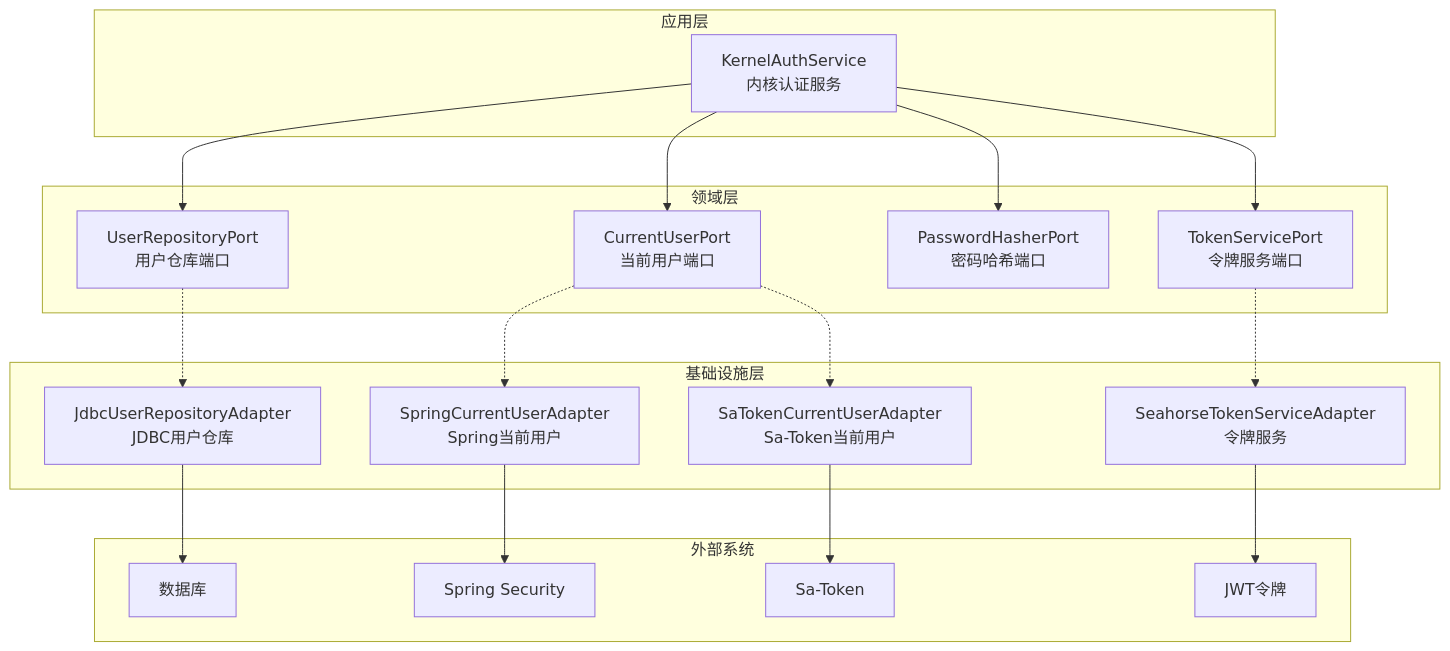
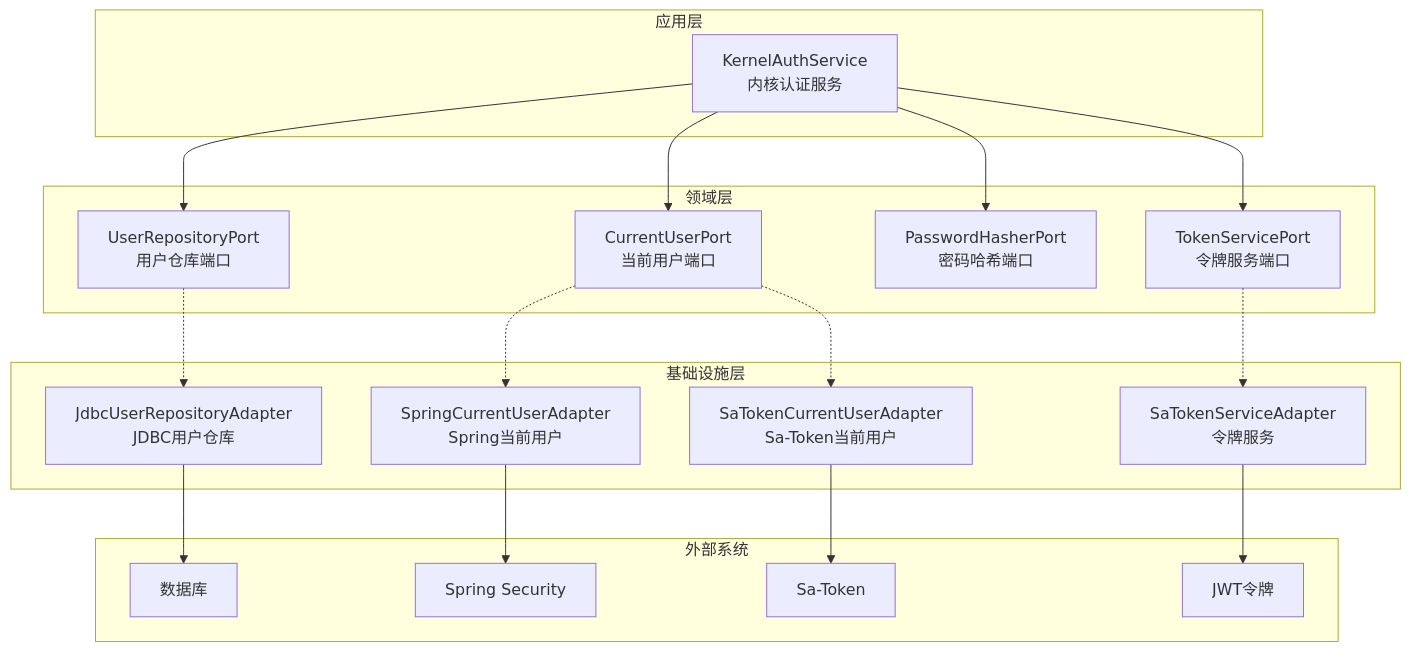
One commit to onceMisery/seahorse-agent changed the second of 7 diagrams in docs/zh/content/后端系统/核心内核/端口接口/出站端口/认证出站端口.md. Above: the diagram before and after it, drawn with Mermaid. The commit also changed other lines of this file and 71 other files, not shown here.

Commit message:
docs: align docs with current architecture

````diff
--- a/docs/zh/content/后端系统/核心内核/端口接口/出站端口/认证出站端口.md
+++ b/docs/zh/content/后端系统/核心内核/端口接口/出站端口/认证出站端口.md
@@ -149,36 +149,36 @@
 ```mermaid
 graph TB
 subgraph "应用层"
 A[KernelAuthService<br/>内核认证服务]
 end
 subgraph "领域层"
 B[CurrentUserPort<br/>当前用户端口]
 C[UserRepositoryPort<br/>用户仓库端口]
 D[PasswordHasherPort<br/>密码哈希端口]
 E[TokenServicePort<br/>令牌服务端口]
 end
 subgraph "基础设施层"
 F[JdbcUserRepositoryAdapter<br/>JDBC用户仓库]
 G[SpringCurrentUserAdapter<br/>Spring当前用户]
 H[SaTokenCurrentUserAdapter<br/>Sa-Token当前用户]
-I[SeahorseTokenServiceAdapter<br/>令牌服务]
+I[SaTokenServiceAdapter<br/>令牌服务]
 end
 subgraph "外部系统"
 J[数据库]
 K[Spring Security]
 L[Sa-Token]
 M[JWT令牌]
 end
 A --> B
 A --> C
 A --> D
 A --> E
 C -.-> F
 B -.-> G
 B -.-> H
 E -.-> I
 F --> J
 G --> K
 H --> L
 I --> M
 ```
````
